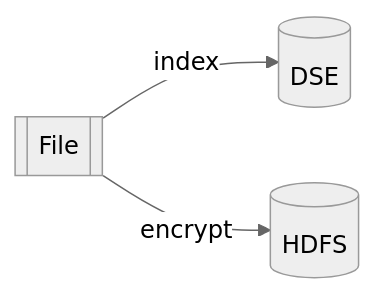
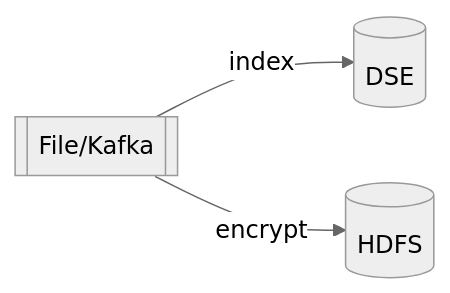
The first of 2 diagrams in README.md (Cosmian/cloudproof-big-data), drawn with Mermaid before and after one commit. The commit also changed other lines of this file and 1 other file, not shown here.

````diff
--- a/README.md
+++ b/README.md
@@ -57,6 +58,6 @@
 ```mermaid
 %%{init: {'theme': 'neutral'}}%%
 graph LR
-    File[[File]] -- index --> DSE[(DSE)]
-    File[[File]] -- encrypt --> HDFS[(HDFS)]
+    File[[File/Kafka]] -- index --> DSE[(DSE)]
+    File[[File/Kafka]] -- encrypt --> HDFS[(HDFS)]
 ```
````
